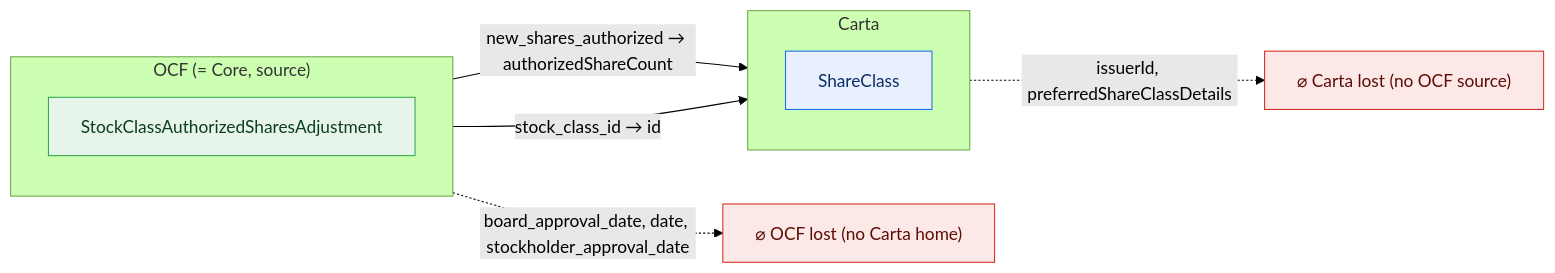
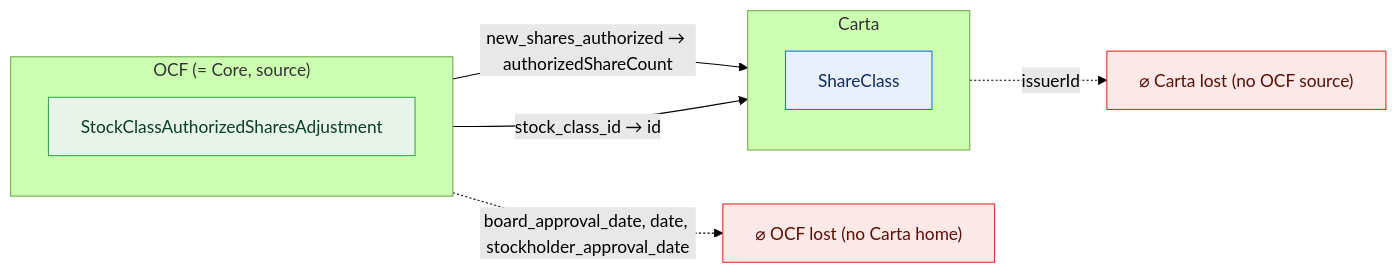
One commit to Open-Cap-Table-Coalition/OCF-Composed-Schemas changed diagram 39 of 51 in docs/core-bidirectional-flow.md. Above: the diagram before and after it, drawn with Mermaid (forest theme). The commit also changed other lines of this file and 12 other files, not shown here.

````diff
--- a/docs/core-bidirectional-flow.md
+++ b/docs/core-bidirectional-flow.md
@@ -1348,21 +1391,21 @@
 ```mermaid
 flowchart LR
   classDef adm fill:#e6f4ea,stroke:#34a853,color:#0b3d20;
   classDef notadm fill:#f1f3f4,stroke:#9aa0a6,color:#5f6368,stroke-dasharray:4 3;
   classDef carta fill:#e8f0fe,stroke:#1a73e8,color:#0d2b66;
   classDef lost fill:#fce8e6,stroke:#d93025,color:#5c0d06;
   subgraph SRC["OCF (= Core, source)"]
     direction TB
     o0["StockClassAuthorizedSharesAdjustment"]:::adm
   end
   subgraph TGT["Carta"]
     direction TB
     t0["ShareClass"]:::carta
   end
   ocflost["⌀ OCF lost (no Carta home)"]:::lost
   cartalost["⌀ Carta lost (no OCF source)"]:::lost
   o0 -->|"new_shares_authorized → authorizedShareCount"| t0
   o0 -->|"stock_class_id → id"| t0
   o0 -.->|"board_approval_date, date, stockholder_approval_date"| ocflost
-  t0 -.->|"issuerId, preferredShareClassDetails"| cartalost
+  t0 -.->|"issuerId"| cartalost
 ```
````
